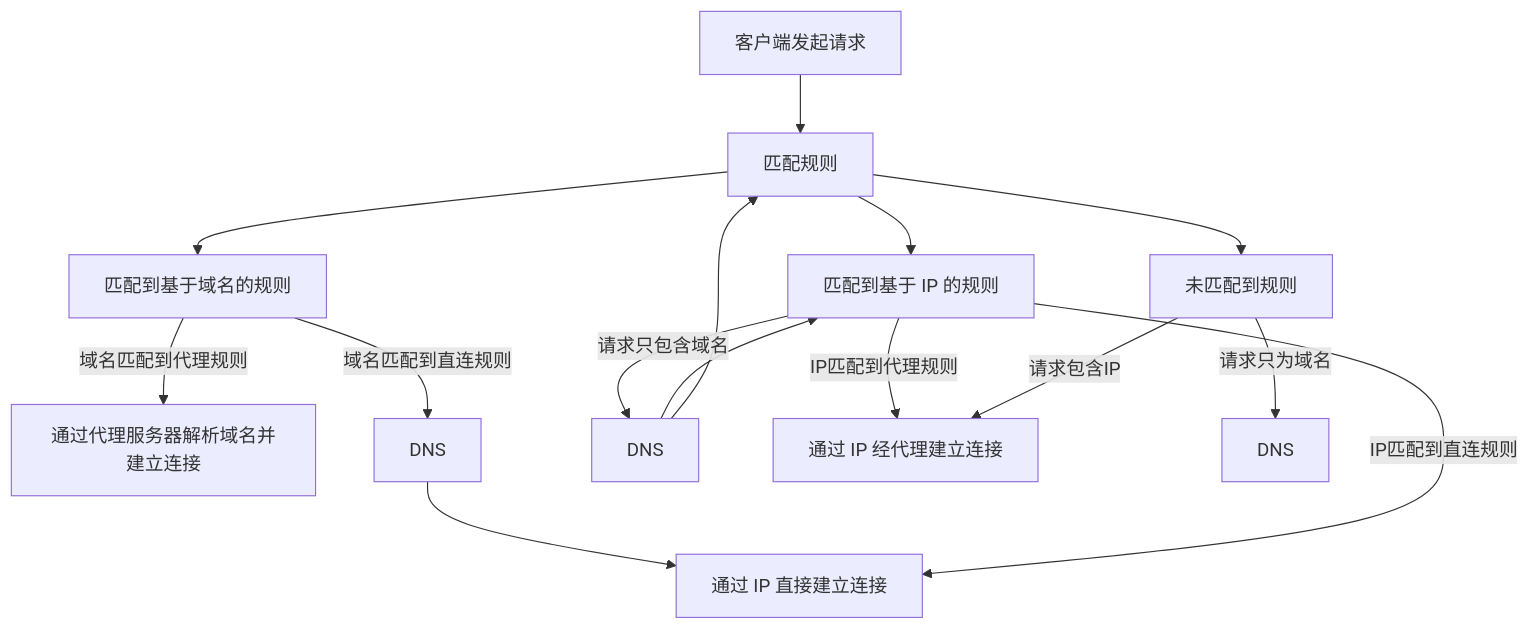
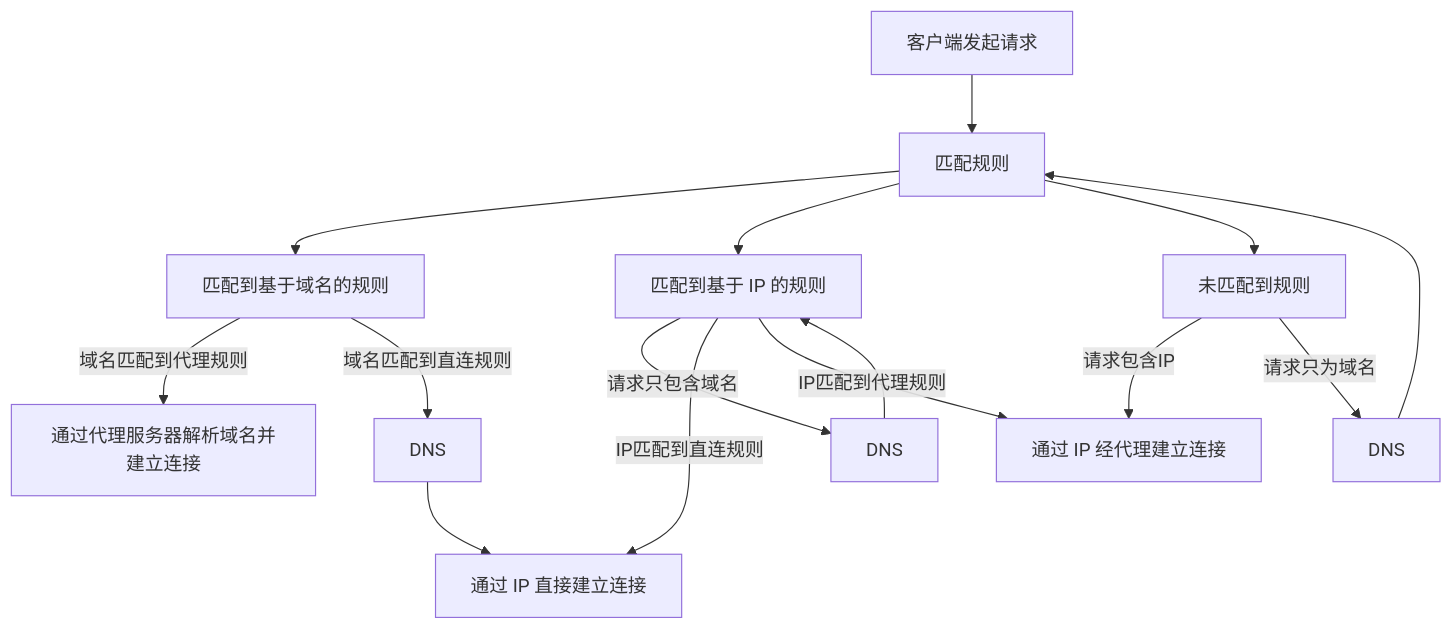
Before and after one commit to Jishi0/sub-rule: the first of 2 diagrams in mihomoDNS解析流程.md, drawn with Mermaid.

````diff
--- a/mihomoDNS解析流程.md
+++ b/mihomoDNS解析流程.md
@@ -2,21 +2,21 @@
 ```mermaid
 flowchart TD
   Start[客户端发起请求] --> rule[匹配规则]
   rule --> Domain[匹配到基于域名的规则]
   rule --> IP[匹配到基于 IP 的规则]
   rule --> null[未匹配到规则]
 
   Domain --> |域名匹配到代理规则|Remote[通过代理服务器解析域名并建立连接]
   Domain --> |域名匹配到直连规则|DNS1[DNS]
   DNS1 --> Direct[通过 IP 直接建立连接]
 
   IP --> |请求只包含域名|DNS2[DNS]
   DNS2 --> IP
   IP --> |IP匹配到直连规则|Direct
   IP --> |IP匹配到代理规则|Proxy[通过 IP 经代理建立连接]
 
   null --> |请求包含IP|Proxy
   null --> |请求只为域名|DNS3[DNS]
-  DNS2 --> rule
+  DNS3 --> rule
 
 ```
````
